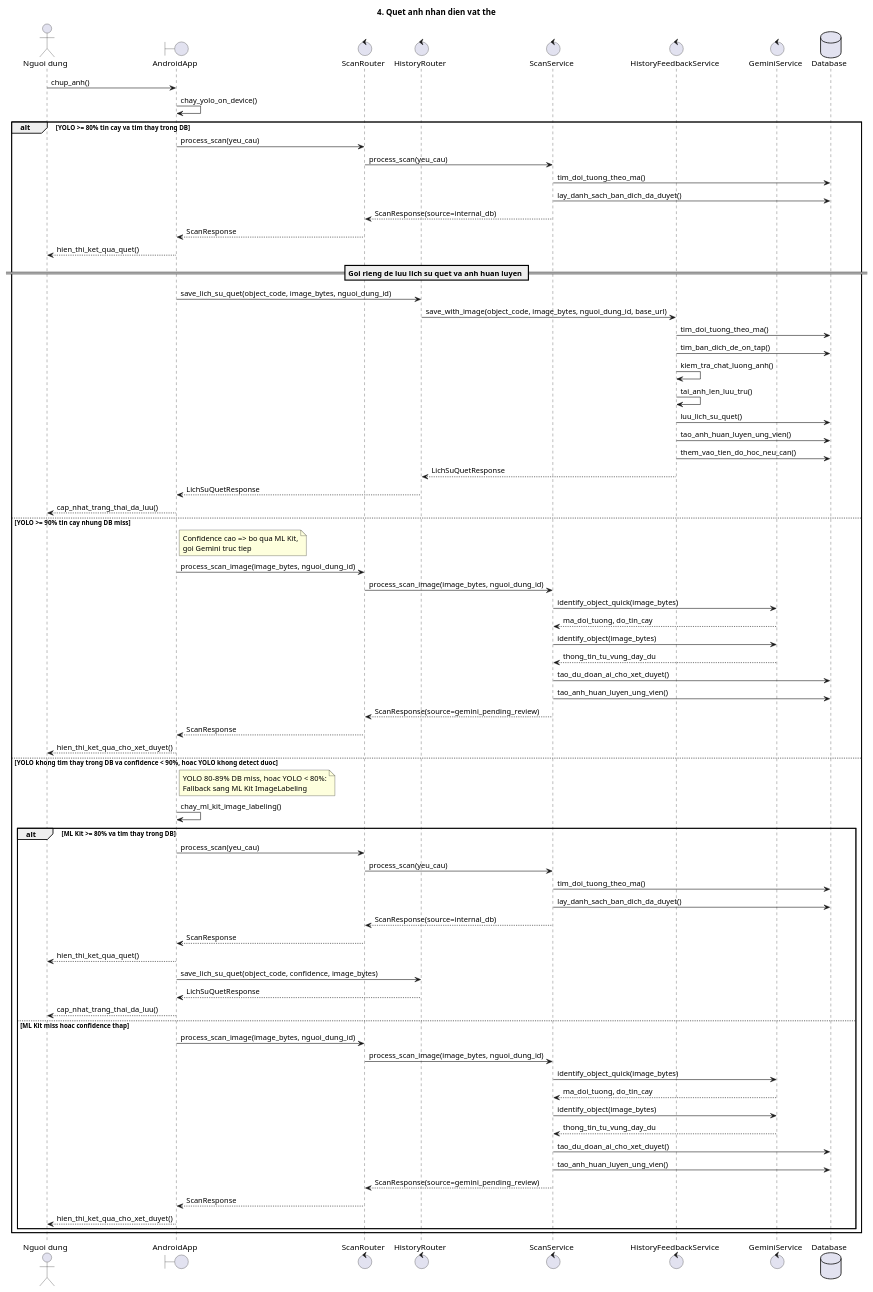
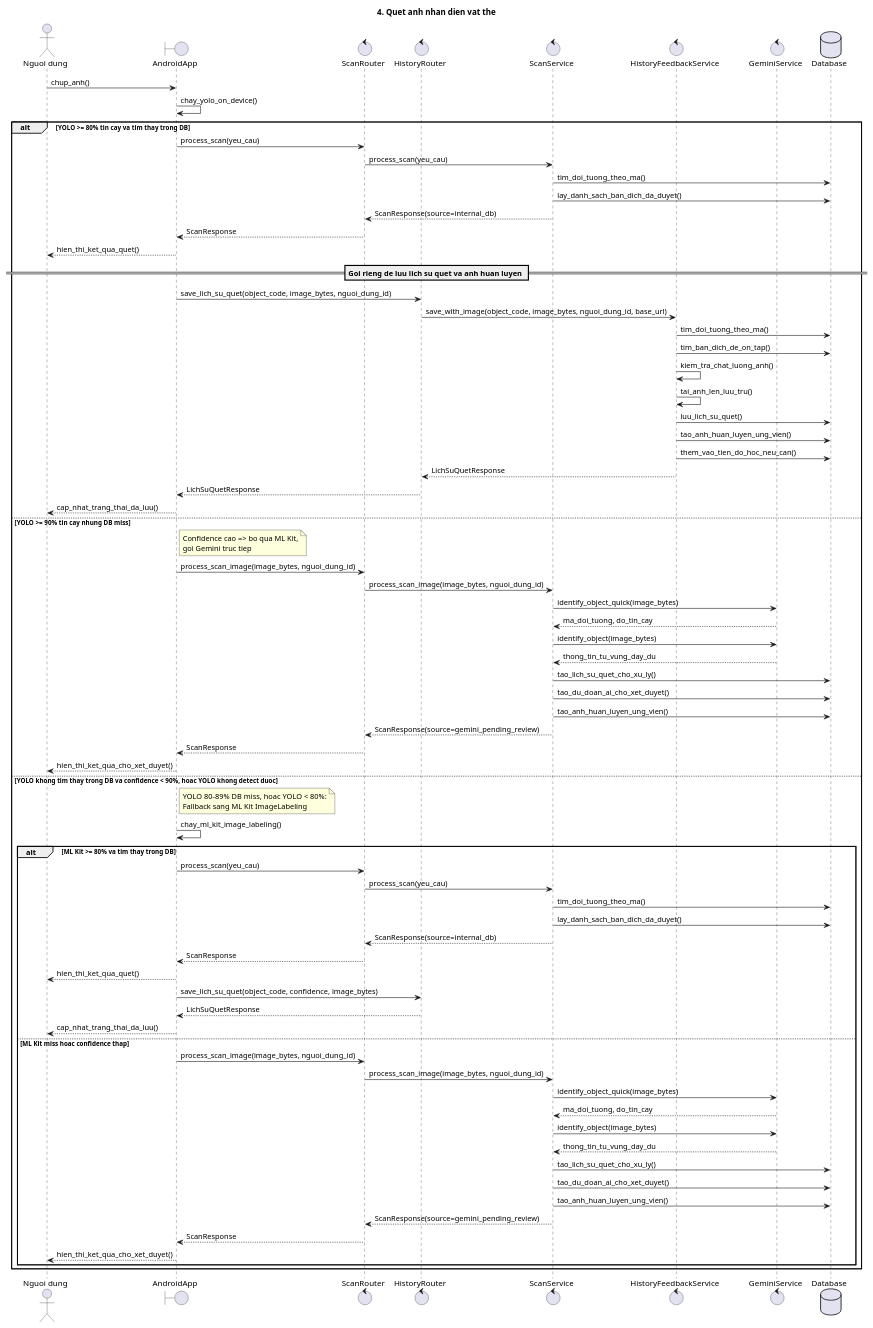
Before and after one commit to DinhDucNguyen/Object_Scanner: the fourth of 9 diagrams in docs/sequence_diagrams_level2.puml, drawn with PlantUML. The commit also changed 12 other files, not shown here.

First line of the commit message:
chore: normalize JS line endings and complete scan sequence diagram

```diff
--- a/docs/sequence_diagrams_level2.puml
+++ b/docs/sequence_diagrams_level2.puml
@@ -140,89 +140,91 @@
 @startuml
 title 4. Quet anh nhan dien vat the
 
 actor "Nguoi dung" as User
 boundary "AndroidApp" as App
 control "ScanRouter" as ScanRouter
 control "HistoryRouter" as HistoryRouter
 control "ScanService" as Scan
 control "HistoryFeedbackService" as History
 control "GeminiService" as Gemini
 database "Database" as DB
 
 User -> App: chup_anh()
 App -> App: chay_yolo_on_device()
 
 alt YOLO >= 80% tin cay va tim thay trong DB
     App -> ScanRouter: process_scan(yeu_cau)
     ScanRouter -> Scan: process_scan(yeu_cau)
     Scan -> DB: tim_doi_tuong_theo_ma()
     Scan -> DB: lay_danh_sach_ban_dich_da_duyet()
     Scan --> ScanRouter: ScanResponse(source=internal_db)
     ScanRouter --> App: ScanResponse
     App --> User: hien_thi_ket_qua_quet()
 
     == Goi rieng de luu lich su quet va anh huan luyen ==
     App -> HistoryRouter: save_lich_su_quet(object_code, image_bytes, nguoi_dung_id)
     HistoryRouter -> History: save_with_image(object_code, image_bytes, nguoi_dung_id, base_url)
     History -> DB: tim_doi_tuong_theo_ma()
     History -> DB: tim_ban_dich_de_on_tap()
     History -> History: kiem_tra_chat_luong_anh()
     History -> History: tai_anh_len_luu_tru()
     History -> DB: luu_lich_su_quet()
     History -> DB: tao_anh_huan_luyen_ung_vien()
     History -> DB: them_vao_tien_do_hoc_neu_can()
     History --> HistoryRouter: LichSuQuetResponse
     HistoryRouter --> App: LichSuQuetResponse
     App --> User: cap_nhat_trang_thai_da_luu()
 
 else YOLO >= 90% tin cay nhung DB miss
     note right of App
         Confidence cao => bo qua ML Kit,
         goi Gemini truc tiep
     end note
     App -> ScanRouter: process_scan_image(image_bytes, nguoi_dung_id)
     ScanRouter -> Scan: process_scan_image(image_bytes, nguoi_dung_id)
     Scan -> Gemini: identify_object_quick(image_bytes)
     Gemini --> Scan: ma_doi_tuong, do_tin_cay
     Scan -> Gemini: identify_object(image_bytes)
     Gemini --> Scan: thong_tin_tu_vung_day_du
+    Scan -> DB: tao_lich_su_quet_cho_xu_ly()
     Scan -> DB: tao_du_doan_ai_cho_xet_duyet()
     Scan -> DB: tao_anh_huan_luyen_ung_vien()
     Scan --> ScanRouter: ScanResponse(source=gemini_pending_review)
     ScanRouter --> App: ScanResponse
     App --> User: hien_thi_ket_qua_cho_xet_duyet()
 
 else YOLO khong tim thay trong DB va confidence < 90%, hoac YOLO khong detect duoc
     note right of App
         YOLO 80-89% DB miss, hoac YOLO < 80%:
         Fallback sang ML Kit ImageLabeling
     end note
     App -> App: chay_ml_kit_image_labeling()
 
     alt ML Kit >= 80% va tim thay trong DB
         App -> ScanRouter: process_scan(yeu_cau)
         ScanRouter -> Scan: process_scan(yeu_cau)
         Scan -> DB: tim_doi_tuong_theo_ma()
         Scan -> DB: lay_danh_sach_ban_dich_da_duyet()
         Scan --> ScanRouter: ScanResponse(source=internal_db)
         ScanRouter --> App: ScanResponse
         App --> User: hien_thi_ket_qua_quet()
         App -> HistoryRouter: save_lich_su_quet(object_code, confidence, image_bytes)
         HistoryRouter --> App: LichSuQuetResponse
         App --> User: cap_nhat_trang_thai_da_luu()
 
     else ML Kit miss hoac confidence thap
         App -> ScanRouter: process_scan_image(image_bytes, nguoi_dung_id)
         ScanRouter -> Scan: process_scan_image(image_bytes, nguoi_dung_id)
         Scan -> Gemini: identify_object_quick(image_bytes)
         Gemini --> Scan: ma_doi_tuong, do_tin_cay
         Scan -> Gemini: identify_object(image_bytes)
         Gemini --> Scan: thong_tin_tu_vung_day_du
+        Scan -> DB: tao_lich_su_quet_cho_xu_ly()
         Scan -> DB: tao_du_doan_ai_cho_xet_duyet()
         Scan -> DB: tao_anh_huan_luyen_ung_vien()
         Scan --> ScanRouter: ScanResponse(source=gemini_pending_review)
         ScanRouter --> App: ScanResponse
         App --> User: hien_thi_ket_qua_cho_xet_duyet()
     end
 end
 @enduml
```
